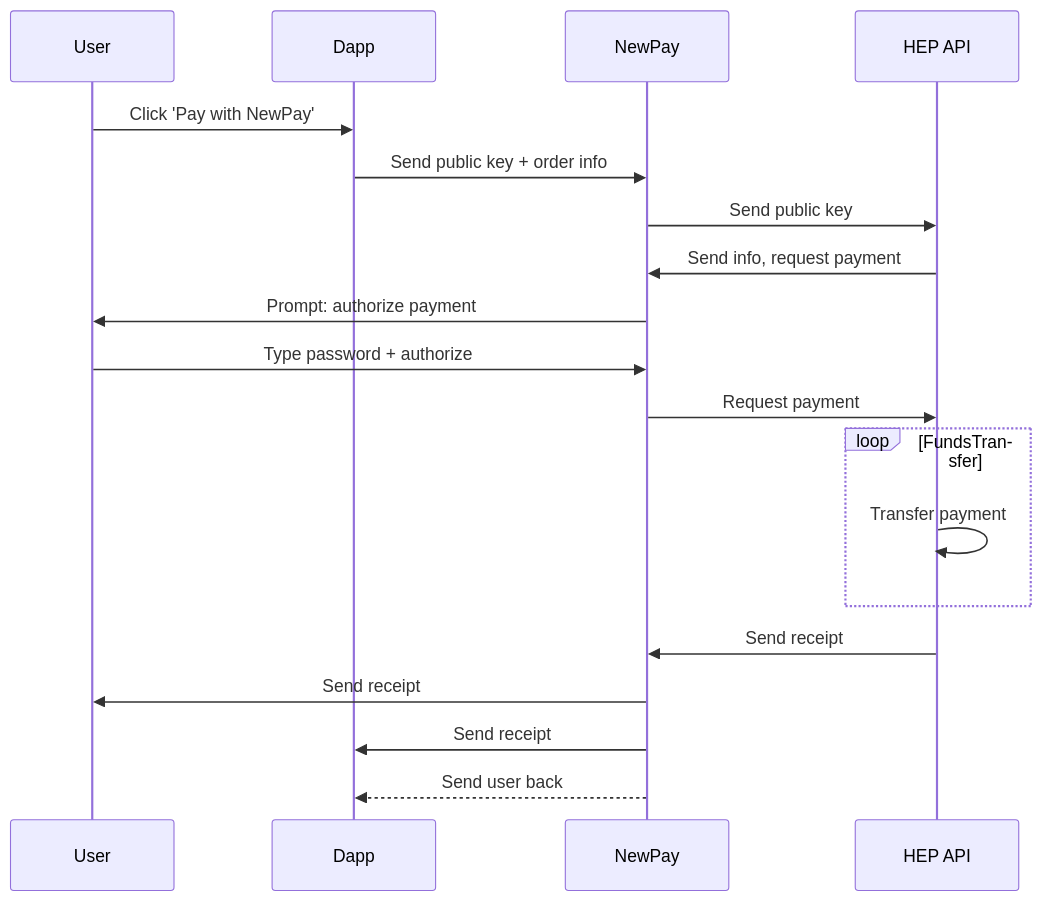
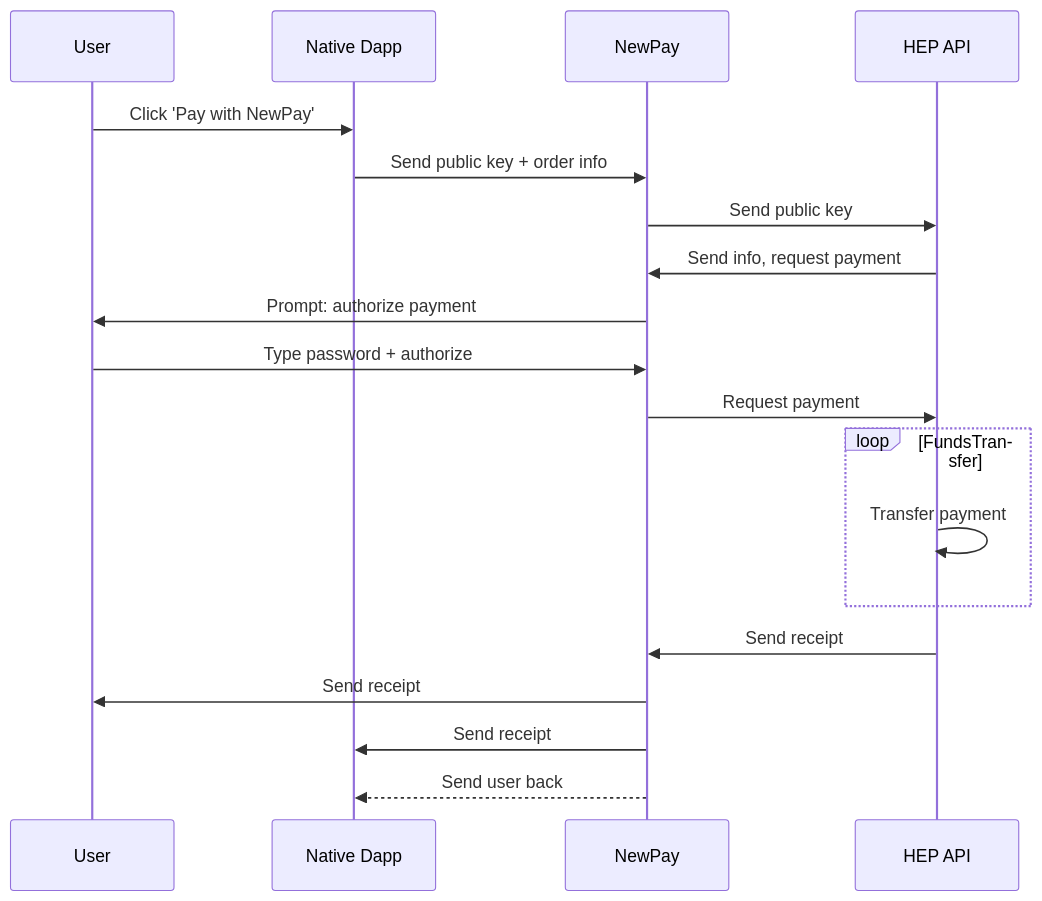
Before and after one commit to newtonproject/HEP-specification: the diagram in diagrams/payment_process_dapp-in-dapp.mermaid, drawn with Mermaid.

Commit message:
Cleaned up diagram

```diff
--- a/diagrams/payment_process_dapp-in-dapp.mermaid
+++ b/diagrams/payment_process_dapp-in-dapp.mermaid
@@ -1,20 +1,20 @@
 sequenceDiagram;
     participant User;
-    participant Dapp;
+    participant Native Dapp;
 	participant NewPay;
 	participant HEP API;
 
-    User->>Dapp: Click 'Pay with NewPay';
-	Dapp->>NewPay: Send public key + order info;
+    User->>Native Dapp: Click 'Pay with NewPay';
+	Native Dapp->>NewPay: Send public key + order info;
 	NewPay->>HEP API: Send public key;
 	HEP API->>NewPay: Send info, request payment;
 	NewPay->> User: Prompt: authorize payment;
 	User->>NewPay: Type password + authorize;
 	NewPay->>HEP API: Request payment;
 loop FundsTransfer;
         HEP API->>HEP API: Transfer payment;
 	end;
 	HEP API->>NewPay: Send receipt;
 	NewPay->>User: Send receipt;
-	NewPay->>Dapp: Send receipt;
-	NewPay-->>Dapp: Send user back;
+	NewPay->>Native Dapp: Send receipt;
+	NewPay-->>Native Dapp: Send user back;
```
